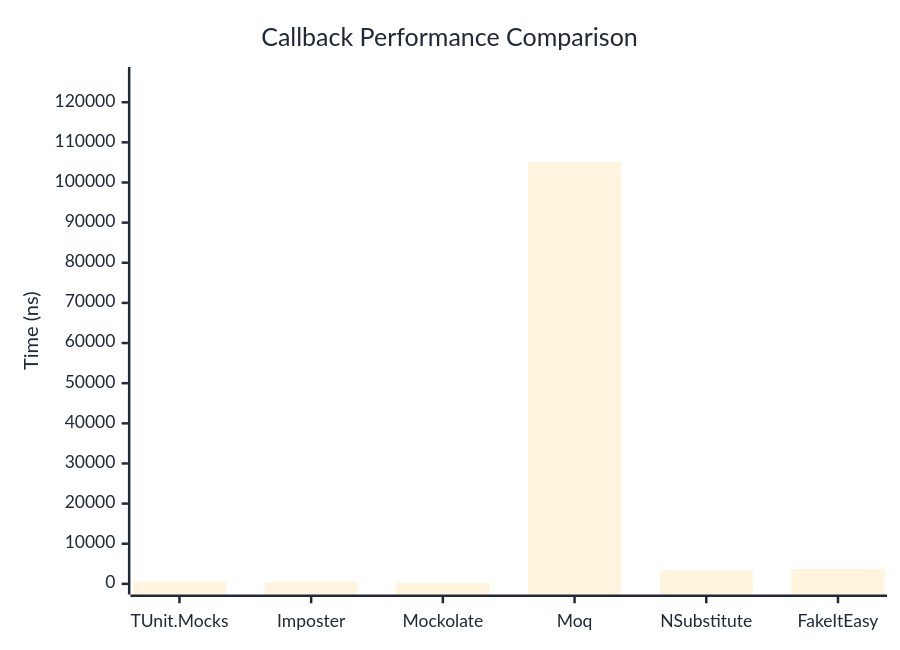
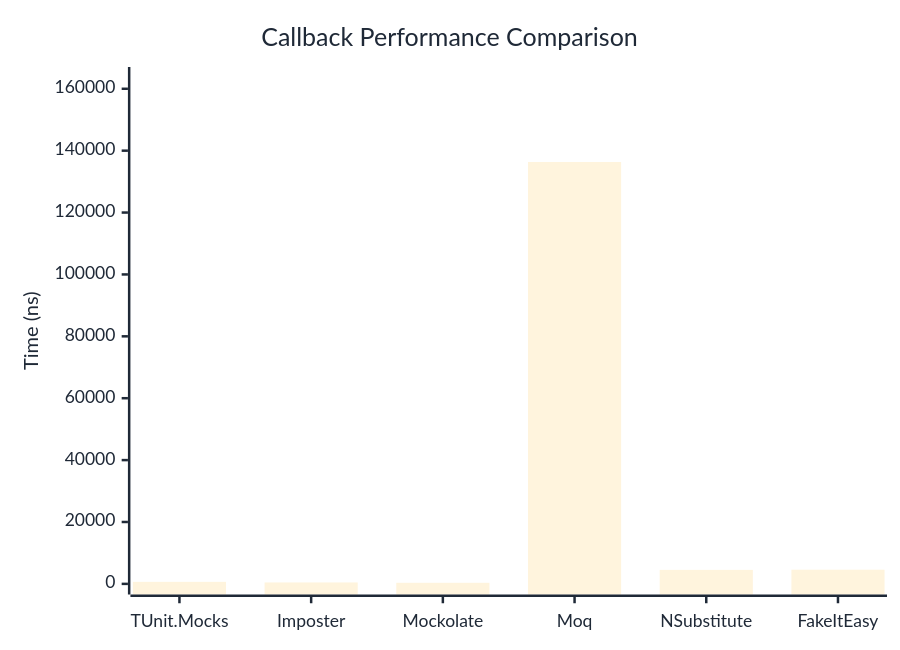
One commit to thomhurst/TUnit changed the first of 2 diagrams in docs/docs/benchmarks/mocks/Callback.md. Above: the diagram before and after it, drawn with Mermaid. The commit also changed other lines of this file and 14 other files, not shown here.

````diff
--- a/docs/docs/benchmarks/mocks/Callback.md
+++ b/docs/docs/benchmarks/mocks/Callback.md
@@ -30,27 +30,27 @@
 ```mermaid
 %%{init: {
   'theme':'base',
   'themeVariables': {
     'primaryColor': '#2563eb',
     'primaryTextColor': '#1f2937',
     'primaryBorderColor': '#1e40af',
     'lineColor': '#6b7280',
     'secondaryColor': '#7c3aed',
     'tertiaryColor': '#dc2626',
     'background': '#ffffff',
     'pie1': '#2563eb',
     'pie2': '#7c3aed',
     'pie3': '#dc2626',
     'pie4': '#f59e0b',
     'pie5': '#10b981',
     'pie6': '#06b6d4',
     'pie7': '#ec4899',
     'pie8': '#6366f1'
   }
 }}%%
 xychart-beta
   title "Callback Performance Comparison"
   x-axis ["TUnit.Mocks", "Imposter", "Mockolate", "Moq", "NSubstitute", "FakeItEasy"]
-  y-axis "Time (ns)" 0 --> 126128
-  bar [526.1, 357.7, 266.7, 105106.3, 3433.5, 3735.9]
+  y-axis "Time (ns)" 0 --> 163605
+  bar [652.9, 464.3, 347.2, 136337.3, 4526.5, 4579.6]
 ```
````
